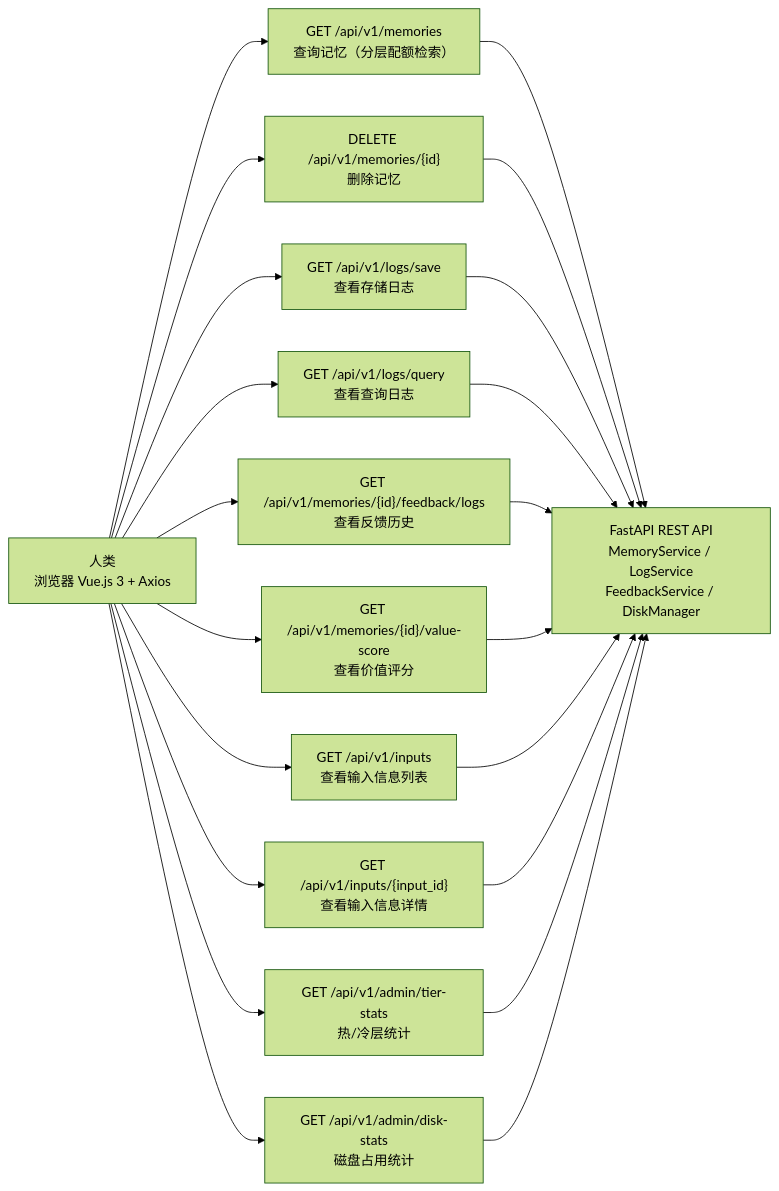
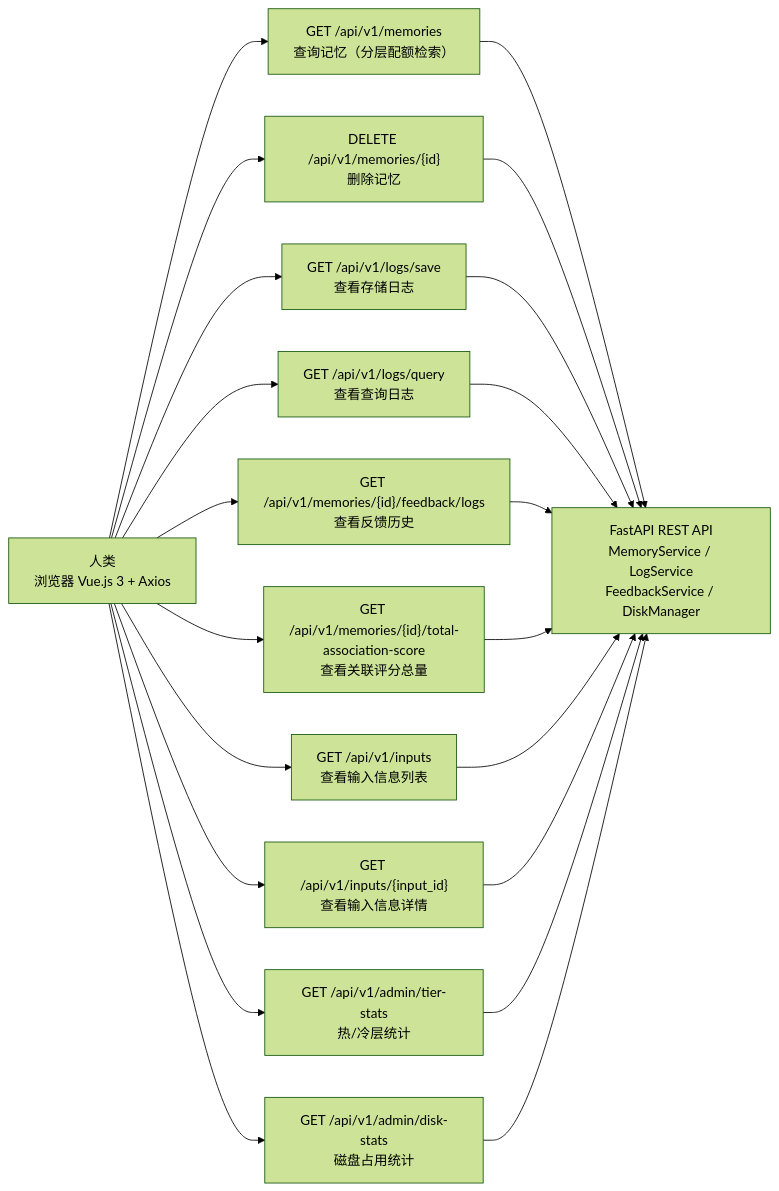
The seventh of 10 diagrams in doc/sad_v1.15.md (SevenLv/air_memory), drawn with Mermaid (forest theme) before and after one commit. The commit also changed other lines of this file and 7 other files, not shown here.

First line of the commit message:
docs: 将记忆价值计量方式从 value_score 全面替换为 total_association_score

````diff
--- a/doc/sad_v1.15.md
+++ b/doc/sad_v1.15.md
@@ -467,17 +466,17 @@
 ```mermaid
 flowchart LR
     Browser["人类<br/>浏览器 Vue.js 3 + Axios"]
 
     Browser --> Q["GET /api/v1/memories<br/>查询记忆（分层配额检索）"]
     Browser --> D["DELETE /api/v1/memories/{id}<br/>删除记忆"]
     Browser --> LS["GET /api/v1/logs/save<br/>查看存储日志"]
     Browser --> LQ["GET /api/v1/logs/query<br/>查看查询日志"]
     Browser --> FL["GET /api/v1/memories/{id}/feedback/logs<br/>查看反馈历史"]
-    Browser --> VS["GET /api/v1/memories/{id}/value-score<br/>查看价值评分"]
+    Browser --> VS["GET /api/v1/memories/{id}/total-association-score<br/>查看关联评分总量"]
     Browser --> IL["GET /api/v1/inputs<br/>查看输入信息列表"]
     Browser --> ID["GET /api/v1/inputs/{input_id}<br/>查看输入信息详情"]
     Browser --> TS["GET /api/v1/admin/tier-stats<br/>热/冷层统计"]
     Browser --> DS["GET /api/v1/admin/disk-stats<br/>磁盘占用统计"]
 
     Q & D & LS & LQ & FL & VS & IL & ID & TS & DS --> Backend["FastAPI REST API<br/>MemoryService / LogService<br/>FeedbackService / DiskManager"]
 ```
````
